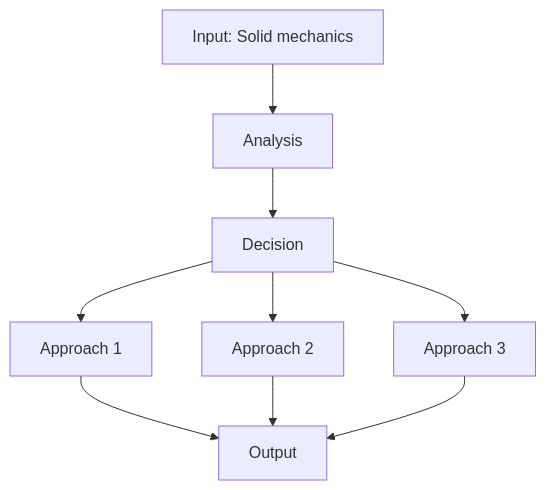
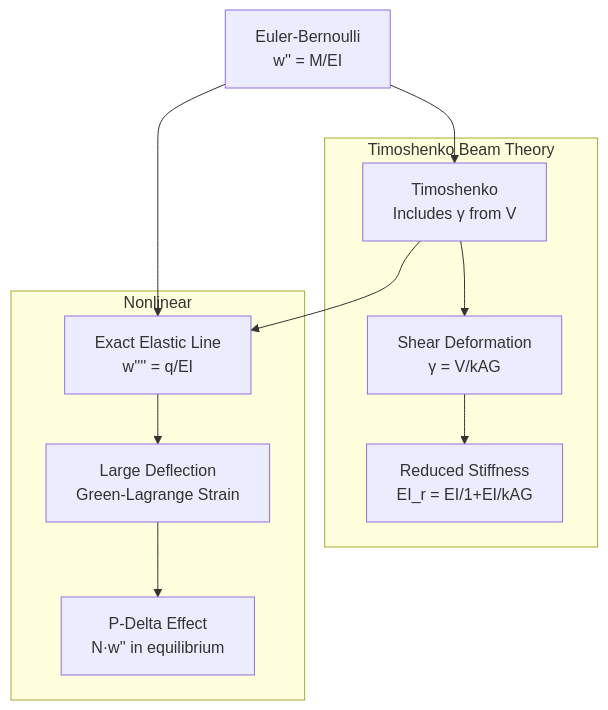
One commit to yip-lgtm/civil-bootcamp changed the seventh of 10 diagrams in MIT_CEE_Core/Track_2_Mechanics_Materials/Structural_Design/01_1.050_Solid_Mechanics.md. Above: the diagram before and after it, drawn with Mermaid. The commit also changed other lines of this file and 21 other files, not shown here.

````diff
--- a/MIT_CEE_Core/Track_2_Mechanics_Materials/Structural_Design/01_1.050_Solid_Mechanics.md
+++ b/MIT_CEE_Core/Track_2_Mechanics_Materials/Structural_Design/01_1.050_Solid_Mechanics.md
@@ -367,11 +615,14 @@
 ```mermaid
 graph TD
-    A[Input: Solid mechanics] --> B[Analysis]
-    B --> C[Decision]
-    C --> D[Approach 1]
-    C --> E[Approach 2]
-    C --> F[Approach 3]
-    D --> G[Output]
-    E --> G
-    F --> G
+    A[Euler-Bernoulli<br/>w'' = M/EI] --> B[Timoshenko<br/>Includes γ from V]
+    A --> C[Exact Elastic Line<br/>w'''' = q/EI]
+    B --> C
+    subgraph Timoshenko Beam Theory
+    B --> B1[Shear Deformation<br/>γ = V/kAG]
+    B1 --> B2[Reduced Stiffness<br/>EI_r = EI/1+EI/kAG]
+    end
+    subgraph Nonlinear
+    C --> C1[Large Deflection<br/>Green-Lagrange Strain]
+    C1 --> C2[P-Delta Effect<br/>N·w'' in equilibrium]
+    end
 ```
````
